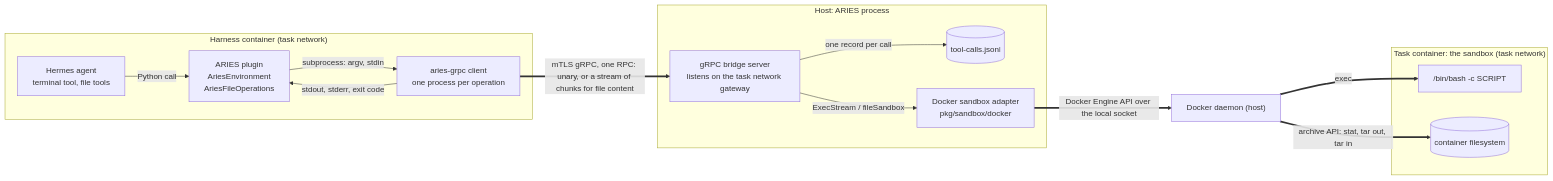
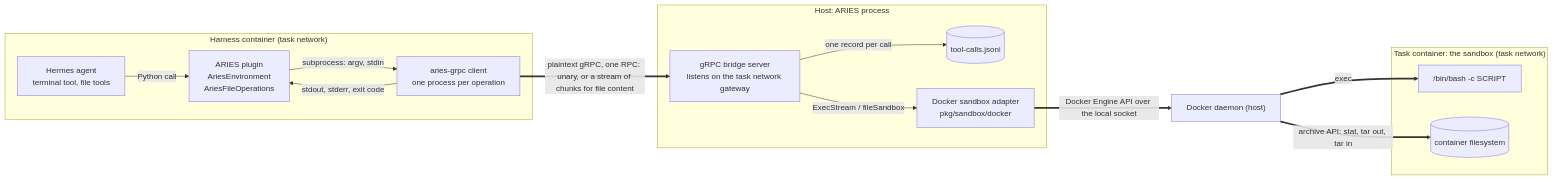
Before and after one commit to hyscale-lab/ARIES: the first of 6 diagrams in docs/design/grpc-route.md, drawn with Mermaid. The commit also changed other lines of this file and 5 other files, not shown here.

````diff
--- a/docs/design/grpc-route.md
+++ b/docs/design/grpc-route.md
@@ -14,31 +14,31 @@
 ```mermaid
 flowchart LR
     subgraph HC["Harness container (task network)"]
         H["Hermes agent<br/>terminal tool, file tools"]
         P["ARIES plugin<br/>AriesEnvironment<br/>AriesFileOperations"]
         C["aries-grpc client<br/>one process per operation"]
         H -->|"Python call"| P
         P -->|"subprocess: argv, stdin"| C
         C -->|"stdout, stderr, exit code"| P
     end
 
     subgraph AP["Host: ARIES process"]
         B["gRPC bridge server<br/>listens on the task network gateway"]
         A[("tool-calls.jsonl")]
         S["Docker sandbox adapter<br/>pkg/sandbox/docker"]
         B -->|"one record per call"| A
         B -->|"ExecStream / fileSandbox"| S
     end
 
     D["Docker daemon (host)"]
 
     subgraph TC["Task container: the sandbox (task network)"]
         X["/bin/bash -c SCRIPT"]
         F[("container filesystem")]
     end
 
-    C ==>|"mTLS gRPC, one RPC: unary, or a stream of chunks for file content"| B
+    C ==>|"plaintext gRPC, one RPC: unary, or a stream of chunks for file content"| B
     S ==>|"Docker Engine API over the local socket"| D
     D ==>|"exec"| X
     D ==>|"archive API: stat, tar out, tar in"| F
 ```
````
